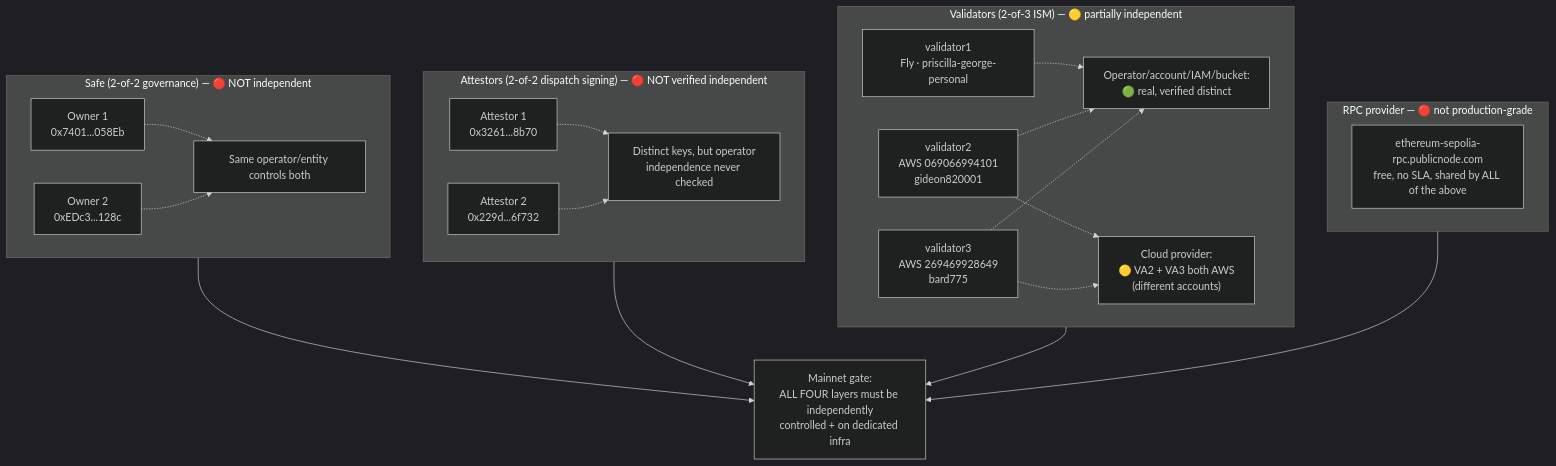
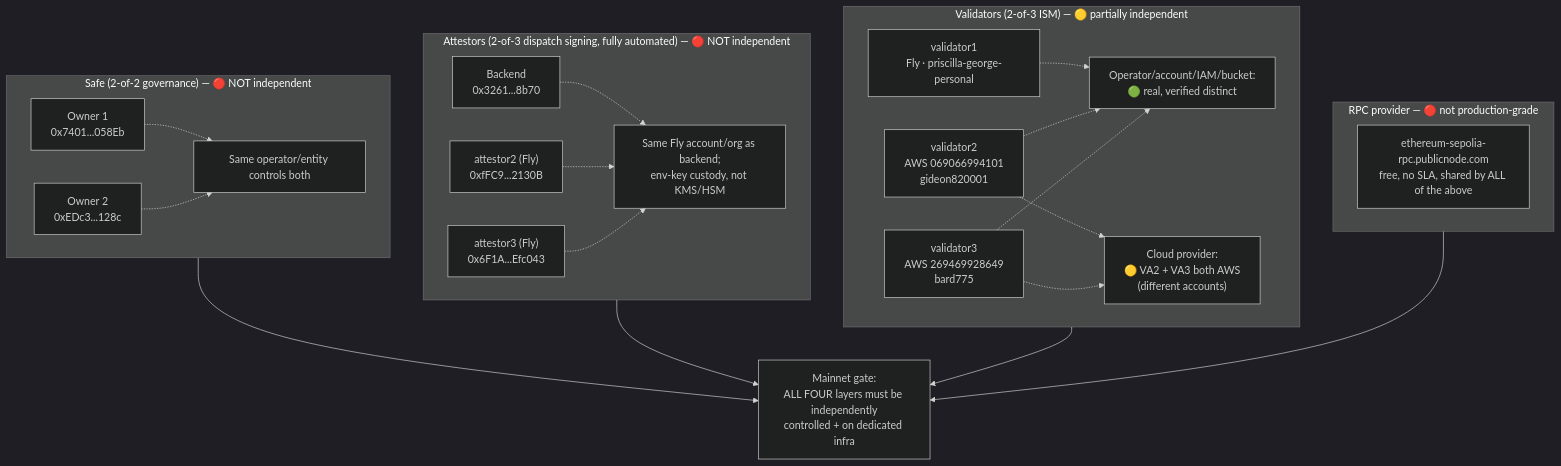
One commit to zoefunds/anchor changed the diagram in docs/mainnet-readiness-runbook.md. Above: the diagram before and after it, drawn with Mermaid (dark theme).

Commit message:
Fix a stale attestor diagram in the mainnet-readiness runbook
The trust-layer independence diagram still showed the 2-of-2 attestor
model with the offline key (0x229d...6f732) that was removed on
2026-09-07 — the runbook's own prose a few sections down already
documented the move to 2-of-3 automated signing, but the diagram
wasn't updated alongside it. Now shows the real current set (backend +
anc-hor-attestor2 + anc-hor-attestor3, verified against
deployment-manifest.json's active attestor list) with the correct
non-independence reason (shared Fly custody, not "unverified distinct
keys") — the not-independent verdict itself is unchanged, since it's
still accurate.

Other diagrams checked and left as-is: docs/multisig-attestor-setup.md
and docs/v1-v2-escrow-cutover.md's diagrams are explicitly historical
records of retired/completed states and are correctly labeled as such;
docs/architecture.md, README.md, and the validator/hyperlane docs were
already accurate.

````diff
--- a/docs/mainnet-readiness-runbook.md
+++ b/docs/mainnet-readiness-runbook.md
@@ -38,41 +38,43 @@
 ```mermaid
 flowchart TB
     subgraph SafeLayer["Safe (2-of-2 governance) — 🔴 NOT independent"]
         S1["Owner 1<br/>0x7401...058Eb"]
         S2["Owner 2<br/>0xEDc3...128c"]
         SameOp1["Same operator/entity controls both"]
         S1 -.-> SameOp1
         S2 -.-> SameOp1
     end
 
-    subgraph AttestorLayer["Attestors (2-of-2 dispatch signing) — 🔴 NOT verified independent"]
-        A1["Attestor 1<br/>0x3261...8b70"]
-        A2["Attestor 2<br/>0x229d...6f732"]
-        Unverified["Distinct keys, but operator<br/>independence never checked"]
-        A1 -.-> Unverified
-        A2 -.-> Unverified
+    subgraph AttestorLayer["Attestors (2-of-3 dispatch signing, fully automated) — 🔴 NOT independent"]
+        A1["Backend<br/>0x3261...8b70"]
+        A2["attestor2 (Fly)<br/>0xfFC9...2130B"]
+        A3["attestor3 (Fly)<br/>0x6F1A...Efc043"]
+        SameOp2["Same Fly account/org as backend;<br/>env-key custody, not KMS/HSM"]
+        A1 -.-> SameOp2
+        A2 -.-> SameOp2
+        A3 -.-> SameOp2
     end
 
     subgraph ValidatorLayer["Validators (2-of-3 ISM) — 🟡 partially independent"]
         VA1["validator1<br/>Fly · priscilla-george-personal"]
         VA2["validator2<br/>AWS 069066994101<br/>gideon820001"]
         VA3["validator3<br/>AWS 269469928649<br/>bard775"]
         GreenNote["Operator/account/IAM/bucket:<br/>🟢 real, verified distinct"]
         YellowNote["Cloud provider:<br/>🟡 VA2 + VA3 both AWS<br/>(different accounts)"]
         VA1 -.-> GreenNote
         VA2 -.-> GreenNote
         VA3 -.-> GreenNote
         VA2 -.-> YellowNote
         VA3 -.-> YellowNote
     end
 
     subgraph RPCLayer["RPC provider — 🔴 not production-grade"]
         RPC["ethereum-sepolia-rpc.publicnode.com<br/>free, no SLA, shared by ALL of the above"]
     end
 
     SafeLayer --> Overall
     AttestorLayer --> Overall
     ValidatorLayer --> Overall
     RPCLayer --> Overall
     Overall["Mainnet gate:<br/>ALL FOUR layers must be independently<br/>controlled + on dedicated infra"]
 ```
````
